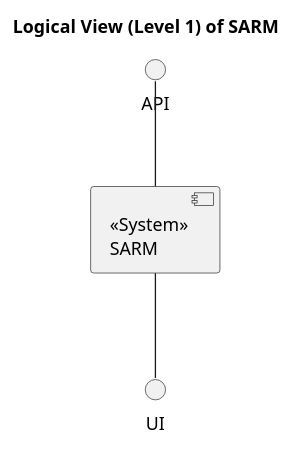
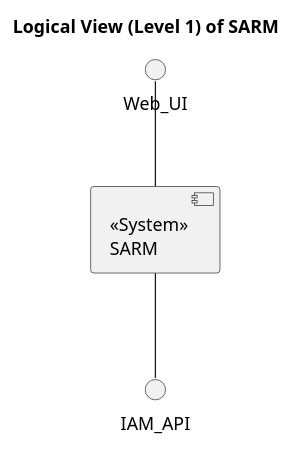
Before and after one commit to Saquinho74/LAPR5: the diagram in Docs/SprintA/global_artifacts/level1/logicalView.puml, drawn with PlantUML. The commit also changed 1 other file, not shown here.

```diff
--- a/Docs/SprintA/global_artifacts/level1/logicalView.puml
+++ b/Docs/SprintA/global_artifacts/level1/logicalView.puml
@@ -1,9 +1,9 @@
 @startuml
 
 title "Logical View (Level 1) of SARM"
 
 
-  UI -up- [<<System>>\nSARM] 
-  API -down- [<<System>>\nSARM] 
+  IAM_API -up- [<<System>>\nSARM] 
+  Web_UI -down- [<<System>>\nSARM] 
 
 @enduml
```
